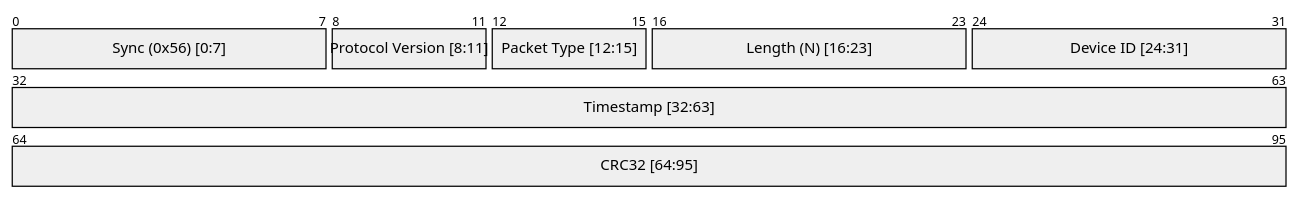
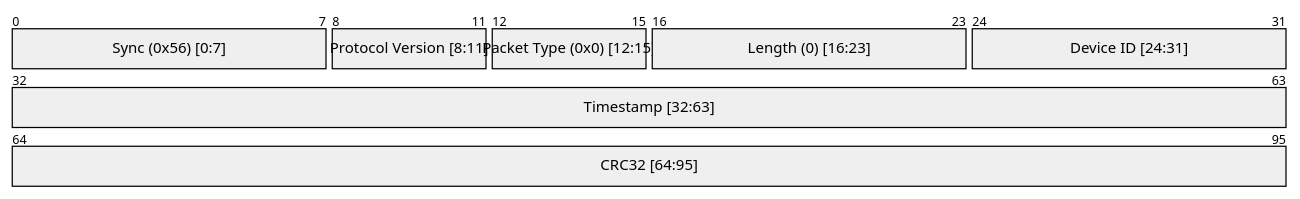
Before and after one commit to ragnar-vallhala/vayu: the diagram in docs/telemetry/heartbeat.md, drawn with Mermaid. The commit also changed other lines of this file and 26 other files, not shown here.

````diff
--- a/docs/telemetry/heartbeat.md
+++ b/docs/telemetry/heartbeat.md
@@ -9,10 +9,10 @@
 ```mermaid
 packet-beta
     0-7: "Sync (0x56) [0:7]"
     8-11: "Protocol Version [8:11]"
-    12-15: "Packet Type [12:15]"
-    16-23: "Length (N) [16:23]"
+    12-15: "Packet Type (0x0) [12:15]"
+    16-23: "Length (0) [16:23]"
     24-31: "Device ID [24:31]"
     32-63: "Timestamp [32:63]"
     64-95: "CRC32 [64:95]"
 ```
````
